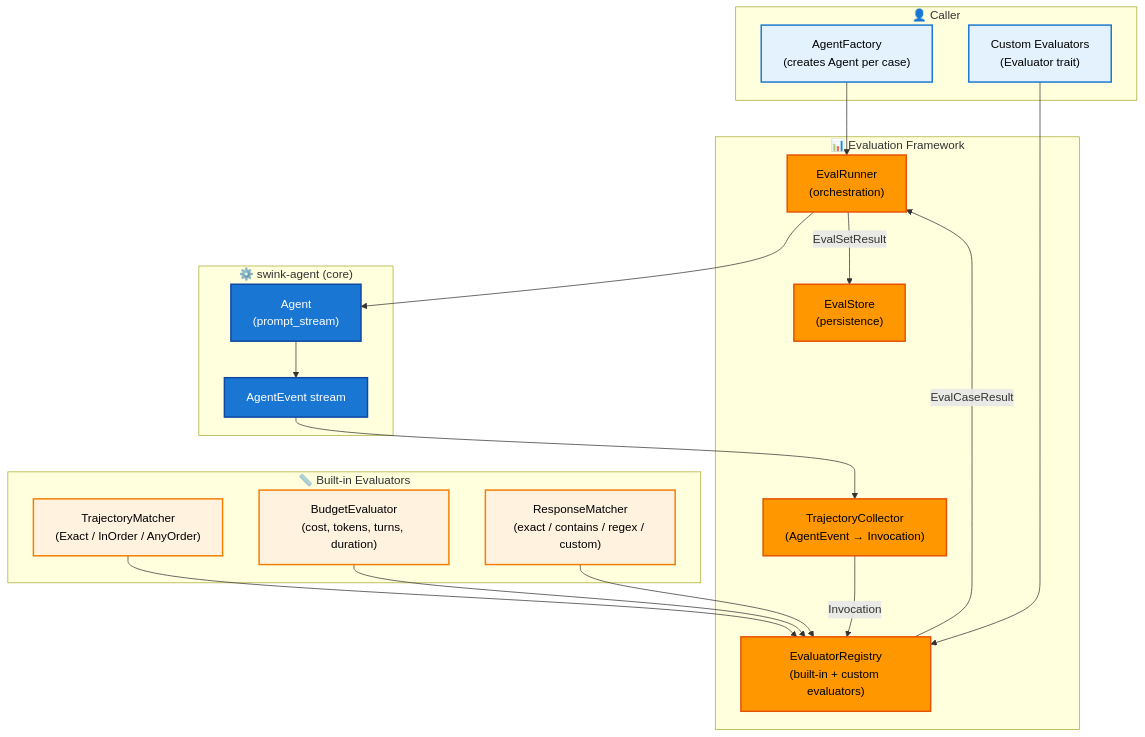
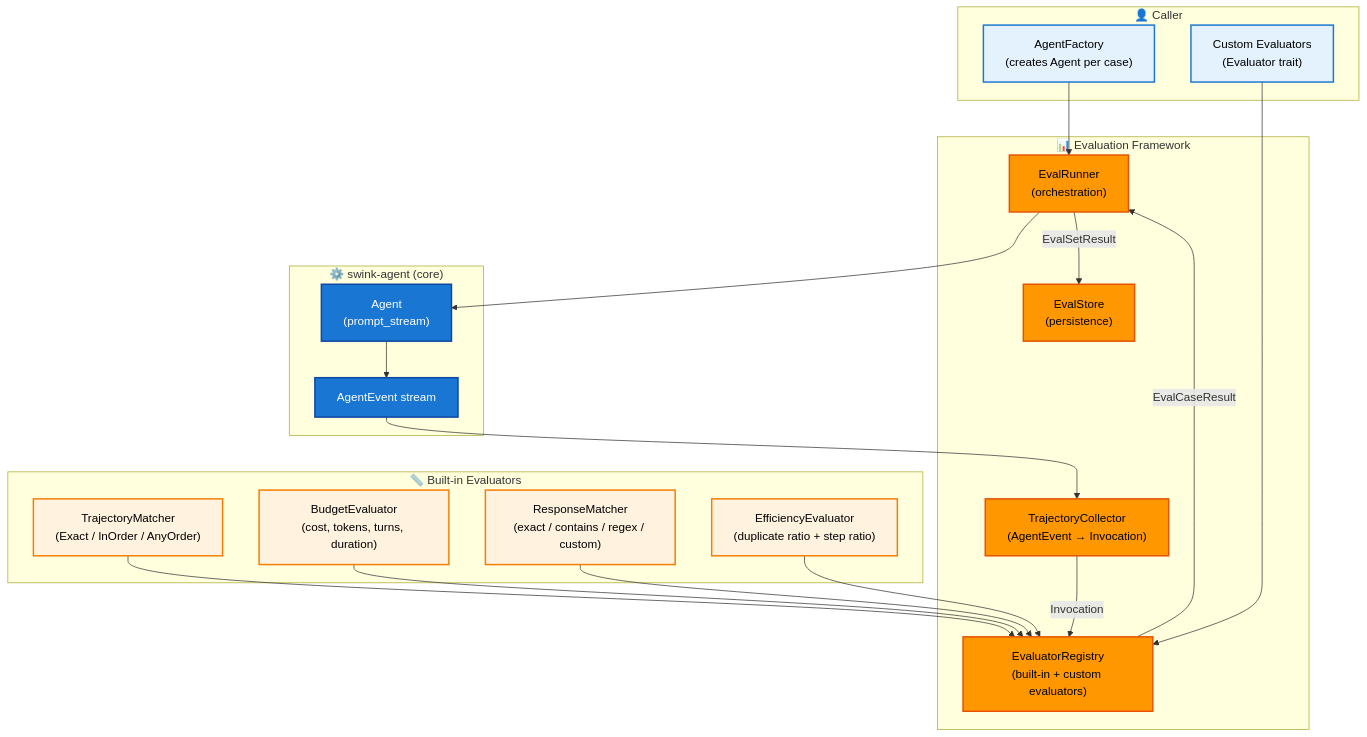
One commit to SuperSwinkAI/Swink-Agent changed the first of 5 diagrams in docs/architecture/eval/README.md. Above: the diagram before and after it, drawn with Mermaid. The commit also changed other lines of this file and 70 other files, not shown here.

````diff
--- a/docs/architecture/eval/README.md
+++ b/docs/architecture/eval/README.md
@@ -12,47 +12,49 @@
 ```mermaid
 flowchart TB
     subgraph CallerLayer["👤 Caller"]
         Factory["AgentFactory<br/>(creates Agent per case)"]
         CustomEval["Custom Evaluators<br/>(Evaluator trait)"]
     end
 
     subgraph EvalSystem["📊 Evaluation Framework"]
         Runner["EvalRunner<br/>(orchestration)"]
         Collector["TrajectoryCollector<br/>(AgentEvent → Invocation)"]
         Registry["EvaluatorRegistry<br/>(built-in + custom evaluators)"]
         Store["EvalStore<br/>(persistence)"]
     end
 
     subgraph BuiltIns["📏 Built-in Evaluators"]
         Traj["TrajectoryMatcher<br/>(Exact / InOrder / AnyOrder)"]
         Budget["BudgetEvaluator<br/>(cost, tokens, turns, duration)"]
         Response["ResponseMatcher<br/>(exact / contains / regex / custom)"]
+        Efficiency["EfficiencyEvaluator<br/>(duplicate ratio + step ratio)"]
     end
 
     subgraph AgentHarness["⚙️ swink-agent (core)"]
         Agent["Agent<br/>(prompt_stream)"]
         Events["AgentEvent stream"]
     end
 
     Factory --> Runner
     CustomEval --> Registry
     Runner --> Agent
     Agent --> Events
     Events --> Collector
     Collector -->|"Invocation"| Registry
     Traj --> Registry
     Budget --> Registry
     Response --> Registry
+    Efficiency --> Registry
     Registry -->|"EvalCaseResult"| Runner
     Runner -->|"EvalSetResult"| Store
 
     classDef callerStyle fill:#e3f2fd,stroke:#1976d2,stroke-width:2px,color:#000
     classDef evalStyle fill:#ff9800,stroke:#e65100,stroke-width:2px,color:#000
     classDef builtinStyle fill:#fff3e0,stroke:#f57c00,stroke-width:2px,color:#000
     classDef harnessStyle fill:#1976d2,stroke:#0d47a1,stroke-width:2px,color:#fff
 
     class Factory,CustomEval callerStyle
     class Runner,Collector,Registry,Store evalStyle
-    class Traj,Budget,Response builtinStyle
+    class Traj,Budget,Response,Efficiency builtinStyle
     class Agent,Events harnessStyle
 ```
````
